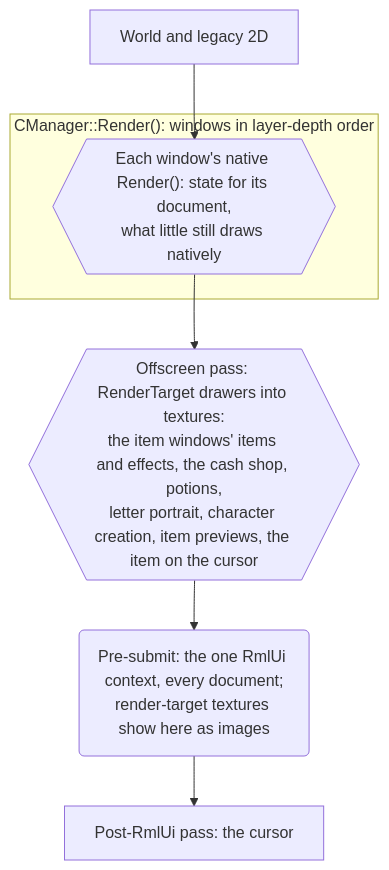
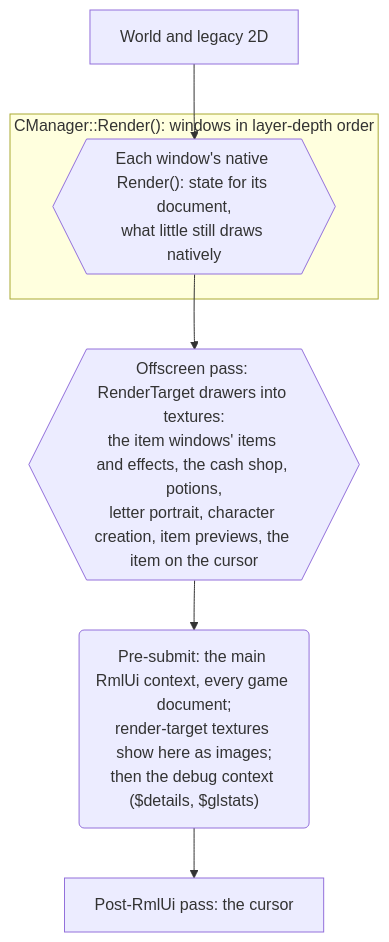
The diagram in docs/rmlui-ui-system/README.md (sven-n/MuMain), drawn with Mermaid before and after one commit. The commit also changed other lines of this file and 3 other files, not shown here.

First line of the commit message:
perf(ui): give the debug overlay its own RmlUi context

````diff
--- a/docs/rmlui-ui-system/README.md
+++ b/docs/rmlui-ui-system/README.md
@@ -124,11 +124,11 @@
 ```mermaid
 flowchart TD
     scene["World and legacy 2D"]
     subgraph loop["CManager::Render(): windows in layer-depth order"]
         win{{"Each window's native Render(): state for its document,<br/>what little still draws natively"}}
     end
     rtt{{"Offscreen pass: RenderTarget drawers into textures:<br/>the item windows' items and effects, the cash shop, potions,<br/>letter portrait, character creation, item previews, the item on the cursor"}}
-    main("Pre-submit: the one RmlUi context, every document;<br/>render-target textures show here as images")
+    main("Pre-submit: the main RmlUi context, every game document;<br/>render-target textures show here as images;<br/>then the debug context ($details, $glstats)")
     post["Post-RmlUi pass: the cursor"]
     scene --> win --> rtt --> main --> post
 ```
````
